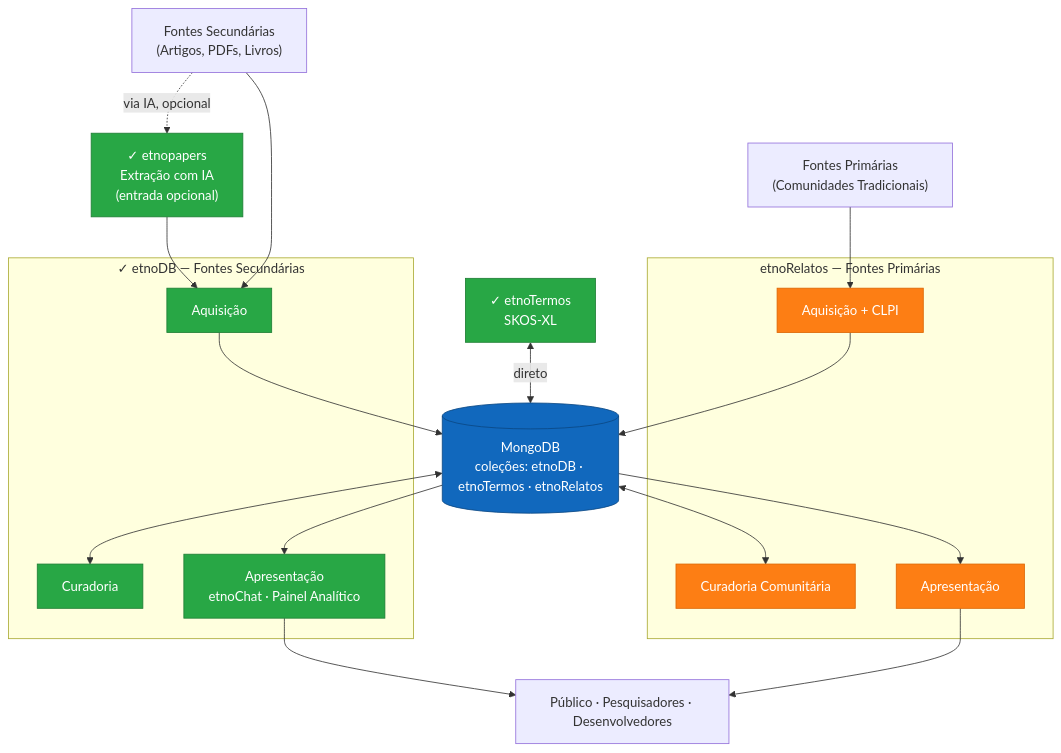
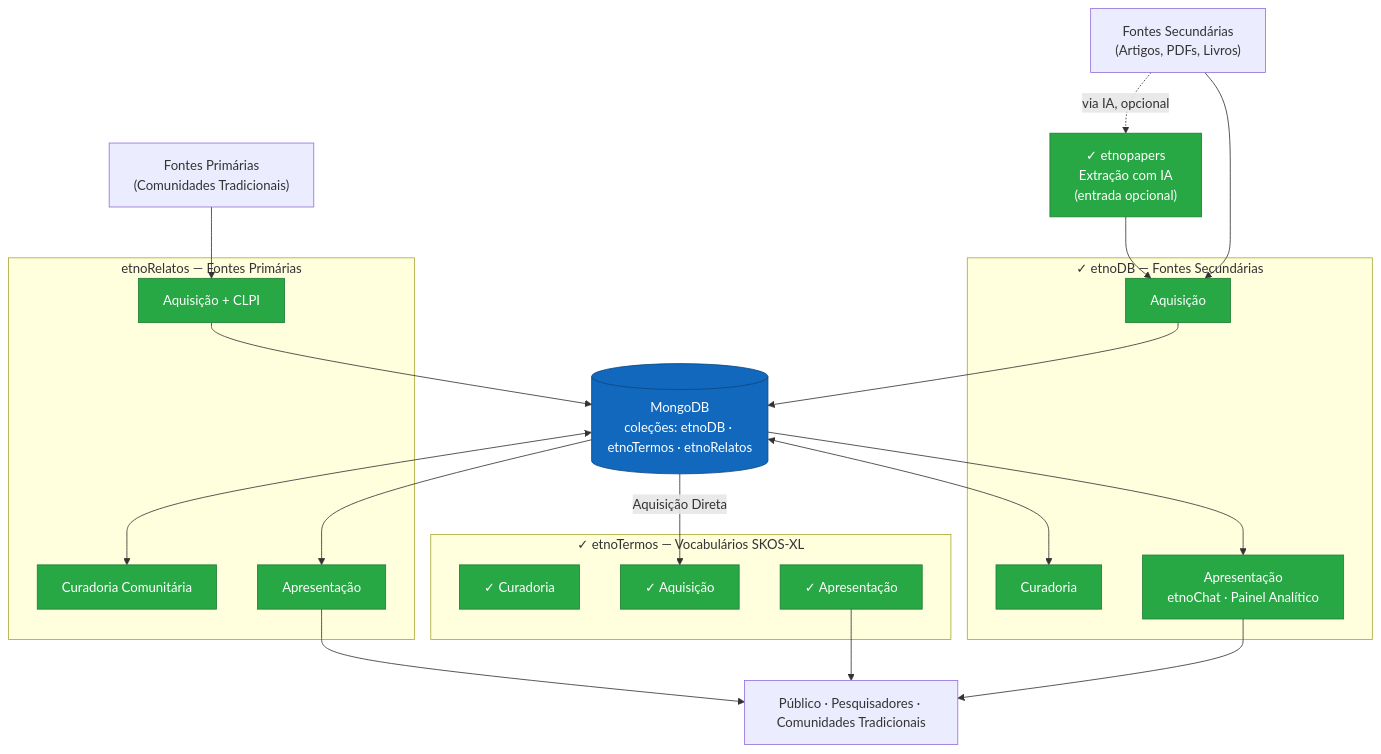
One commit to edalcin/Arquitetura-BioCultural changed the first of 4 diagrams in README.md. Above: the diagram before and after it, drawn with Mermaid.

Commit message:
Update README.md with recent changes

````diff
--- a/README.md
+++ b/README.md
@@ -85,53 +85,61 @@
 ```mermaid
 graph TB
     FS["Fontes Secundárias<br/>(Artigos, PDFs, Livros)"]
     FP["Fontes Primárias<br/>(Comunidades Tradicionais)"]
 
     EP["✓ etnopapers<br/>Extração com IA<br/>(entrada opcional)"]
 
     MONGO[("MongoDB<br/>coleções: etnoDB · etnoTermos · etnoRelatos")]
-    TERM["✓ etnoTermos<br/>SKOS-XL"]
+
 
     subgraph "✓ etnoDB — Fontes Secundárias"
         ED_ACQ["Aquisição"]
         ED_CUR["Curadoria"]
         ED_PUB["Apresentação<br/>etnoChat · Painel Analítico"]
     end
 
     subgraph "etnoRelatos — Fontes Primárias"
         ER_ACQ["Aquisição + CLPI"]
         ER_CUR["Curadoria Comunitária"]
         ER_PUB["Apresentação"]
     end
 
-    PUB["Público · Pesquisadores · Desenvolvedores"]
+    subgraph "✓ etnoTermos — Vocabulários SKOS-XL"
+	    TERM_CUR["✓ Curadoria"]
+	    TERM_ACQ["✓ Aquisição"]
+		TERM_PUB["✓ Apresentação"]
+    end
+
+    PUB["Público · Pesquisadores · Comunidades Tradicionais"]
 
     FS -.->|via IA, opcional| EP
     EP --> ED_ACQ
     FS --> ED_ACQ
 
     FP --> ER_ACQ
 
     ED_ACQ --> MONGO
     MONGO <--> ED_CUR
     MONGO --> ED_PUB
 
     ER_ACQ --> MONGO
     MONGO <--> ER_CUR
     MONGO --> ER_PUB
 
-    TERM <-->|direto| MONGO
-
+	MONGO --Aquisição Direta--> TERM_ACQ
+	TERM_PUB --> PUB
     ED_PUB --> PUB
     ER_PUB --> PUB
 
     style EP fill:#28a745,stroke:#1e7e34,color:#ffffff
-    style TERM fill:#28a745,stroke:#1e7e34,color:#ffffff
+    style TERM_CUR fill:#28a745,stroke:#1e7e34,color:#ffffff
+	style TERM_ACQ fill:#28a745,stroke:#1e7e34,color:#ffffff
+	style TERM_PUB fill:#28a745,stroke:#1e7e34,color:#ffffff
     style ED_ACQ fill:#28a745,stroke:#1e7e34,color:#ffffff
     style ED_CUR fill:#28a745,stroke:#1e7e34,color:#ffffff
     style ED_PUB fill:#28a745,stroke:#1e7e34,color:#ffffff
-    style ER_ACQ fill:#fd7e14,stroke:#dc6502,color:#ffffff
-    style ER_CUR fill:#fd7e14,stroke:#dc6502,color:#ffffff
-    style ER_PUB fill:#fd7e14,stroke:#dc6502,color:#ffffff
+    style ER_ACQ fill:#28a745,stroke:#1e7e34,color:#ffffff
+    style ER_CUR fill:#28a745,stroke:#1e7e34,color:#ffffff
+    style ER_PUB fill:#28a745,stroke:#1e7e34,color:#ffffff
     style MONGO fill:#1168bd,stroke:#0b4884,color:#ffffff
 ```
````
